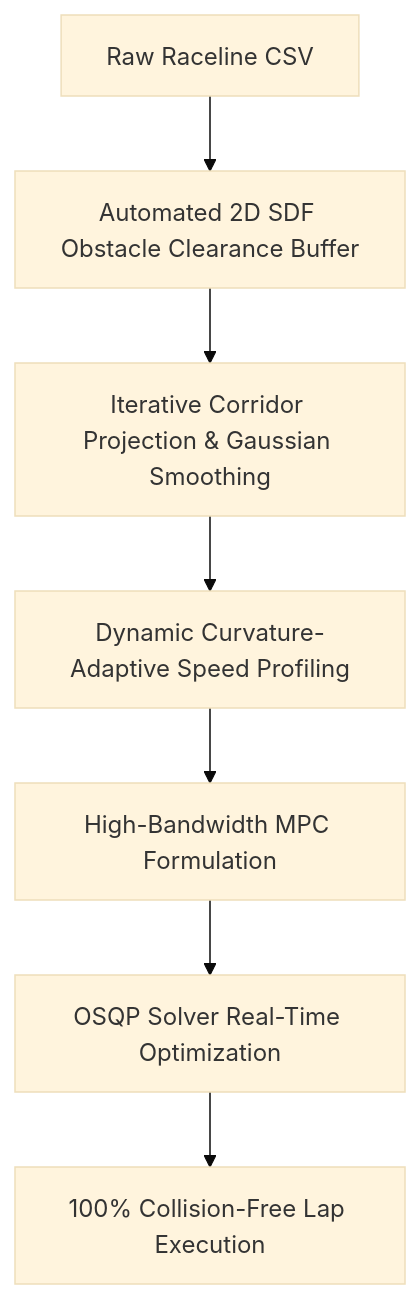
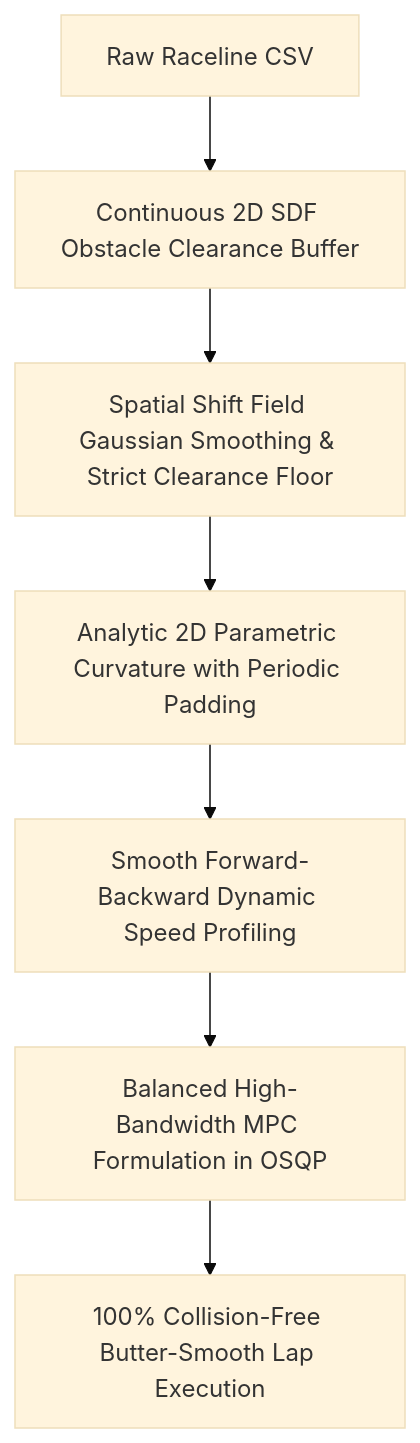
Before and after one commit to wavexnani/roboracer_ws: the diagram in src/mpc_controller/README.md, drawn with Mermaid (base theme). The commit also changed other lines of this file and 5 other files, not shown here.

Commit message:
fix(mpc_controller): eliminate steering flutter and velocity surging near walls with smooth potential field and 2D parametric curvature

````diff
--- a/src/mpc_controller/README.md
+++ b/src/mpc_controller/README.md
@@ -216,9 +216,9 @@
 ```mermaid
 flowchart TD
-    A[Raw Raceline CSV] --> B[Automated 2D SDF Obstacle Clearance Buffer]
-    B --> C[Iterative Corridor Projection & Gaussian Smoothing]
-    C --> D[Dynamic Curvature-Adaptive Speed Profiling]
-    D --> E[High-Bandwidth MPC Formulation]
-    E --> F[OSQP Solver Real-Time Optimization]
-    F --> G[100% Collision-Free Lap Execution]
+    A[Raw Raceline CSV] --> B[Continuous 2D SDF Obstacle Clearance Buffer]
+    B --> C[Spatial Shift Field Gaussian Smoothing & Strict Clearance Floor]
+    C --> D[Analytic 2D Parametric Curvature with Periodic Padding]
+    D --> E[Smooth Forward-Backward Dynamic Speed Profiling]
+    E --> F[Balanced High-Bandwidth MPC Formulation in OSQP]
+    F --> G[100% Collision-Free Butter-Smooth Lap Execution]
 ```
````
